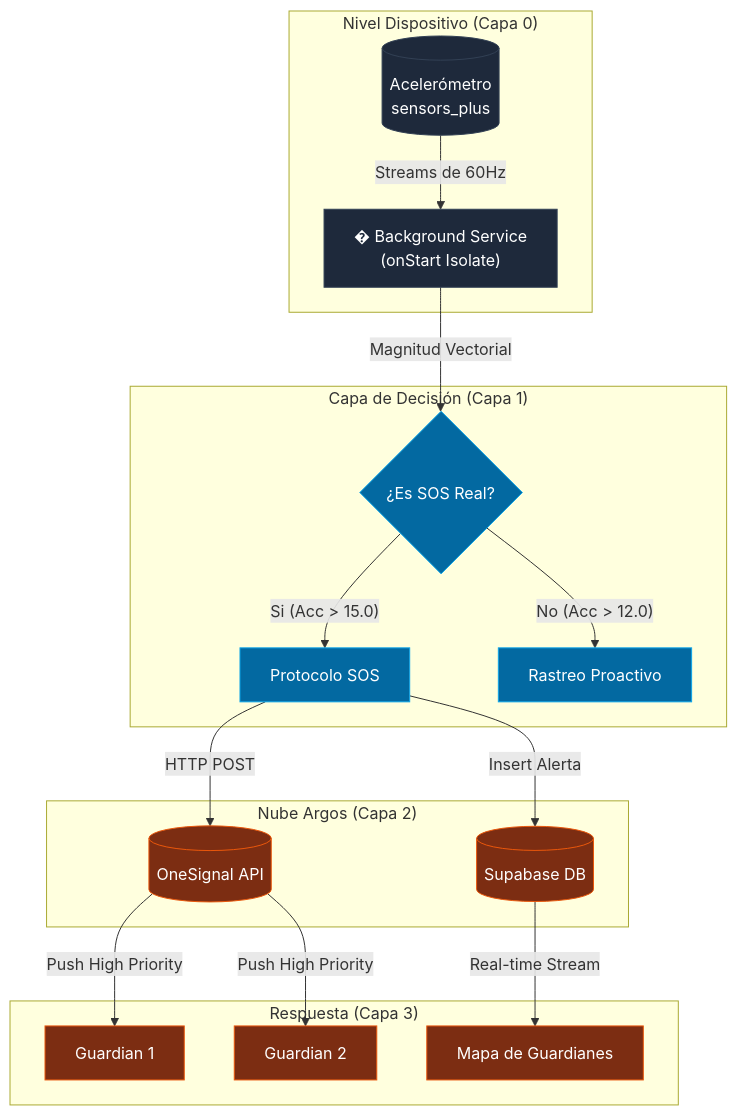
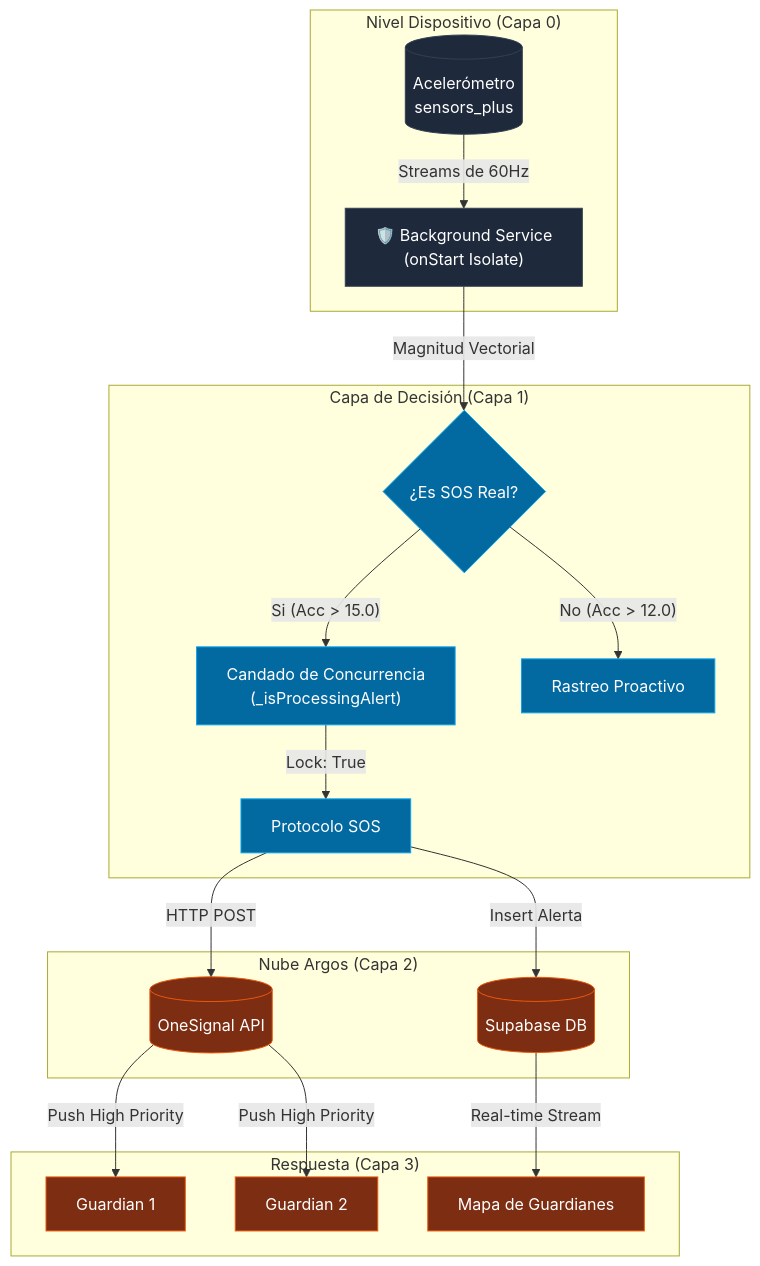
One commit to Sebxs22/Argos_mobile changed the diagram in TECHNICAL_GUIDE.md. Above: the diagram before and after it, drawn with Mermaid. The commit also changed other lines of this file and 7 other files, not shown here.

Commit message:
feat: Implement robust SOS flow security with navigation locks and anti-spam, enhance UI contrast, and introduce dedicated screens for alerts, classification, settings, and routes.

````diff
--- a/TECHNICAL_GUIDE.md
+++ b/TECHNICAL_GUIDE.md
@@ -30,36 +35,38 @@
 ```mermaid
 graph TB
     subgraph "Nivel Dispositivo (Capa 0)"
         Sensor[("Acelerómetro<br/>sensors_plus")]
-        BG["�️ Background Service<br/>(onStart Isolate)"]
+        BG["🛡️ Background Service<br/>(onStart Isolate)"]
         Sensor -- "Streams de 60Hz" --> BG
     end
 
     subgraph "Capa de Decisión (Capa 1)"
         Logic{"¿Es SOS Real?"}
+        AntiSpam["Candado de Concurrencia<br/>(_isProcessingAlert)"]
         BG -- "Magnitud Vectorial" --> Logic
-        Logic -- "Si (Acc > 15.0)" --> Proto["Protocolo SOS"]
+        Logic -- "Si (Acc > 15.0)" --> AntiSpam
+        AntiSpam -- "Lock: True" --> Proto["Protocolo SOS"]
         Logic -- "No (Acc > 12.0)" --> Track["Rastreo Proactivo"]
     end
 
     subgraph "Nube Argos (Capa 2)"
         Supa[("Supabase DB")]
         OneS[("OneSignal API")]
         Proto -- "Insert Alerta" --> Supa
         Proto -- "HTTP POST" --> OneS
     end
 
     subgraph "Respuesta (Capa 3)"
         OneS -- "Push High Priority" --> G1["Guardian 1"]
         OneS -- "Push High Priority" --> G2["Guardian 2"]
         Supa -- "Real-time Stream" --> MapView["Mapa de Guardianes"]
     end
 
     classDef hardware fill:#1e293b,stroke:#334155,color:#fff;
     classDef logic fill:#0369a1,stroke:#0ea5e9,color:#fff;
     classDef cloud fill:#7c2d12,stroke:#ea580c,color:#fff;
     
     class Sensor,BG hardware;
-    class Logic,Proto,Track logic;
+    class Logic,AntiSpam,Proto,Track logic;
     class Supa,OneS,G1,G2,MapView cloud;
 ```
````
